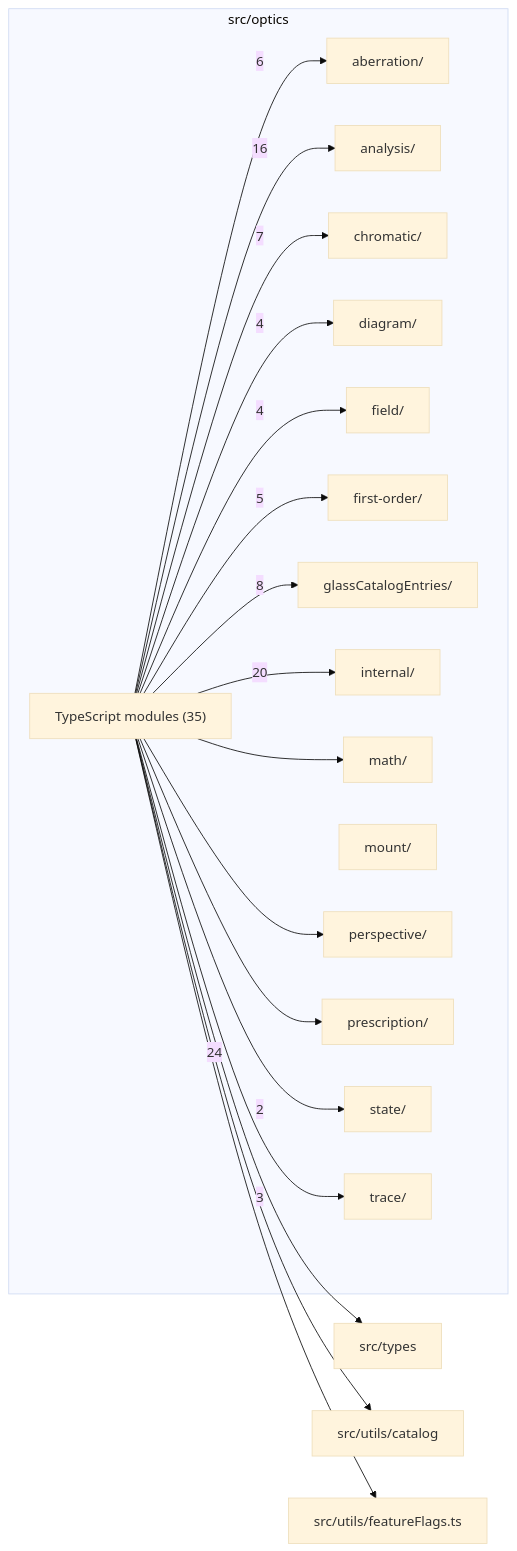
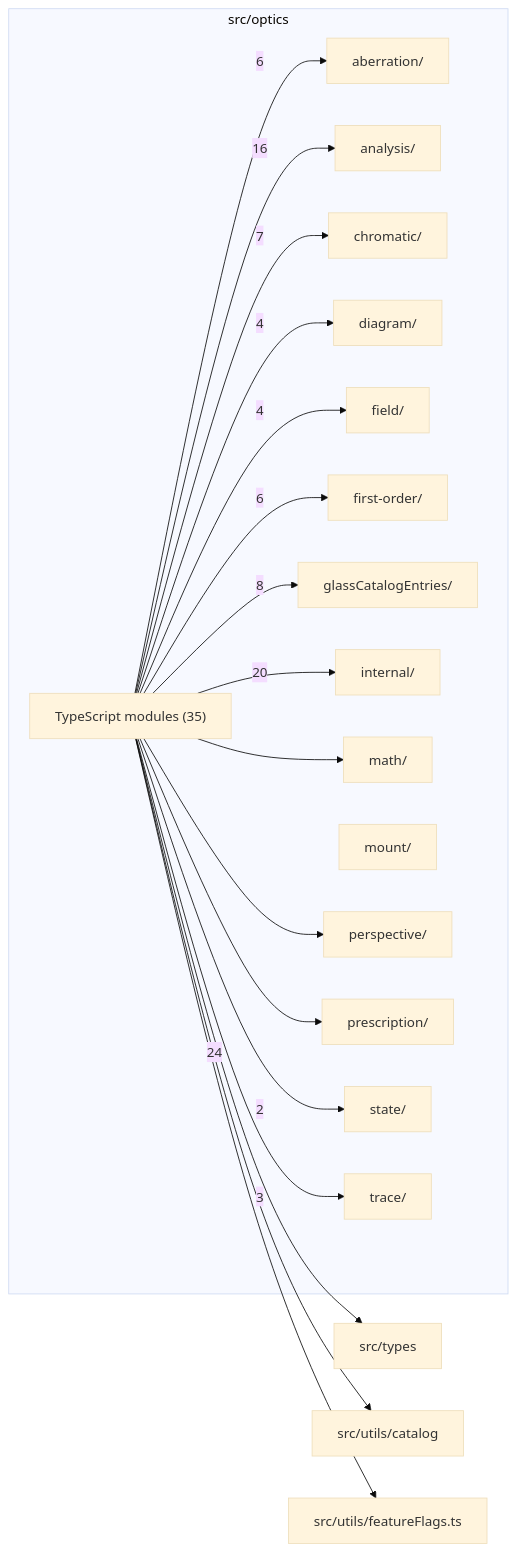
Before and after one commit to ronbuening/LensVisualizer: the diagram in src/optics/readme.md, drawn with Mermaid (base theme). The commit also changed other lines of this file and 30 other files, not shown here.

````diff
--- a/src/optics/readme.md
+++ b/src/optics/readme.md
@@ -9,39 +9,39 @@
 ```mermaid
 flowchart LR
   subgraph n_src_optics["src/optics"]
     n_src_optics_src_optics_aberration["aberration/"]
     n_src_optics_src_optics_analysis["analysis/"]
     n_src_optics_src_optics_chromatic["chromatic/"]
     n_src_optics_src_optics_diagram["diagram/"]
     n_src_optics_src_optics_field["field/"]
     n_src_optics_src_optics_first_order["first-order/"]
     n_src_optics_src_optics_glassCatalogEntries["glassCatalogEntries/"]
     n_src_optics_src_optics_internal["internal/"]
     n_src_optics_src_optics_math["math/"]
     n_src_optics_src_optics_mount["mount/"]
     n_src_optics_src_optics_perspective["perspective/"]
     n_src_optics_src_optics_prescription["prescription/"]
     n_src_optics_src_optics_state["state/"]
     n_src_optics_src_optics_trace["trace/"]
     n_src_optics_TypeScript_modules["TypeScript modules (35)"]
   end
   n_external_src_types["src/types"]
   n_external_src_utils_catalog["src/utils/catalog"]
   n_external_src_utils_featureFlags_ts["src/utils/featureFlags.ts"]
   n_src_optics_TypeScript_modules --> |24| n_external_src_types
   n_src_optics_TypeScript_modules --> |20| n_src_optics_src_optics_internal
   n_src_optics_TypeScript_modules --> |16| n_src_optics_src_optics_analysis
   n_src_optics_TypeScript_modules --> |8| n_src_optics_src_optics_glassCatalogEntries
   n_src_optics_TypeScript_modules --> |7| n_src_optics_src_optics_chromatic
   n_src_optics_TypeScript_modules --> |6| n_src_optics_src_optics_aberration
-  n_src_optics_TypeScript_modules --> |5| n_src_optics_src_optics_first_order
+  n_src_optics_TypeScript_modules --> |6| n_src_optics_src_optics_first_order
   n_src_optics_TypeScript_modules --> |4| n_src_optics_src_optics_diagram
   n_src_optics_TypeScript_modules --> |4| n_src_optics_src_optics_field
   n_src_optics_TypeScript_modules --> |3| n_src_optics_src_optics_trace
   n_src_optics_TypeScript_modules --> |2| n_src_optics_src_optics_state
   n_src_optics_TypeScript_modules --> n_external_src_utils_catalog
   n_src_optics_TypeScript_modules --> n_external_src_utils_featureFlags_ts
   n_src_optics_TypeScript_modules --> n_src_optics_src_optics_math
   n_src_optics_TypeScript_modules --> n_src_optics_src_optics_perspective
   n_src_optics_TypeScript_modules --> n_src_optics_src_optics_prescription
 ```
````
